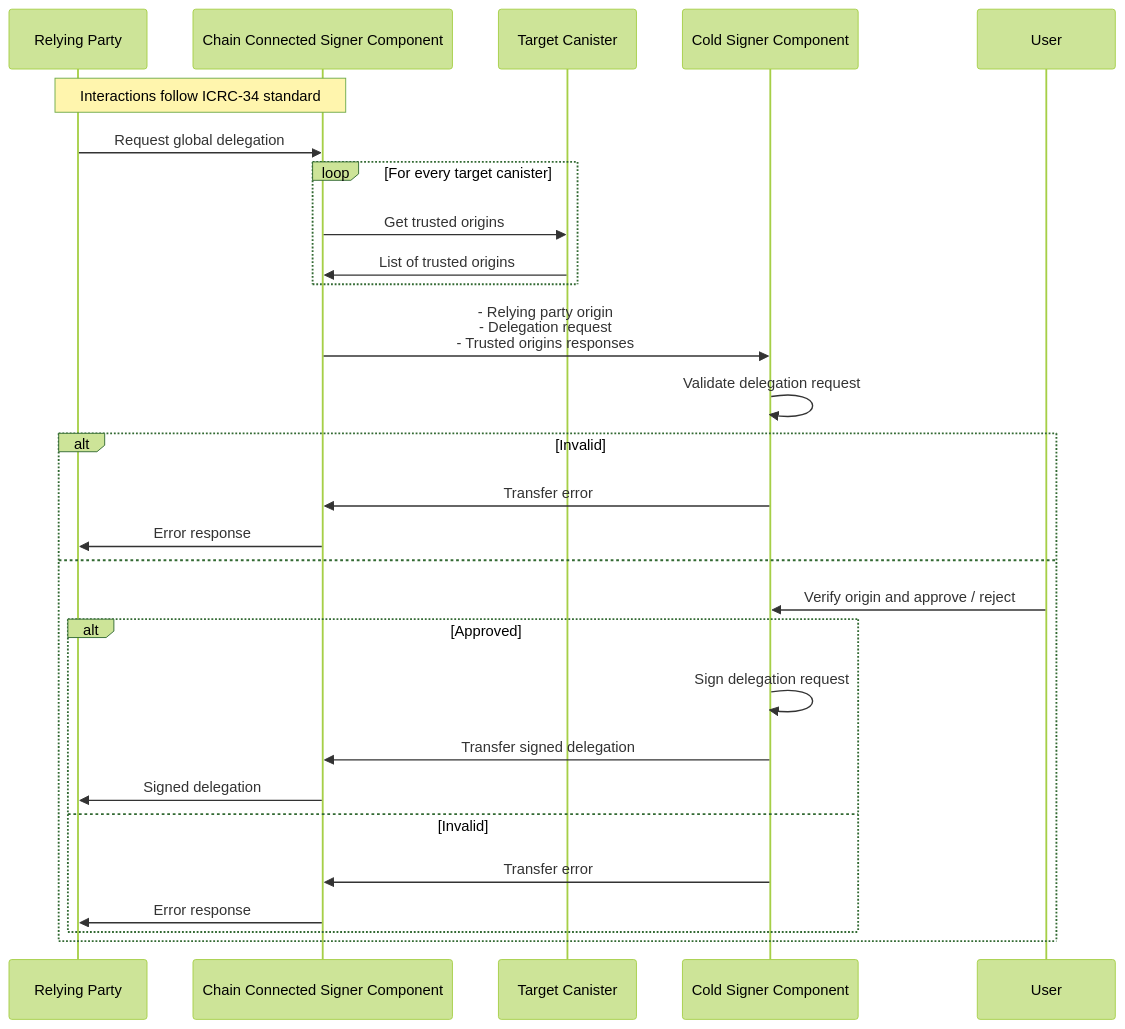
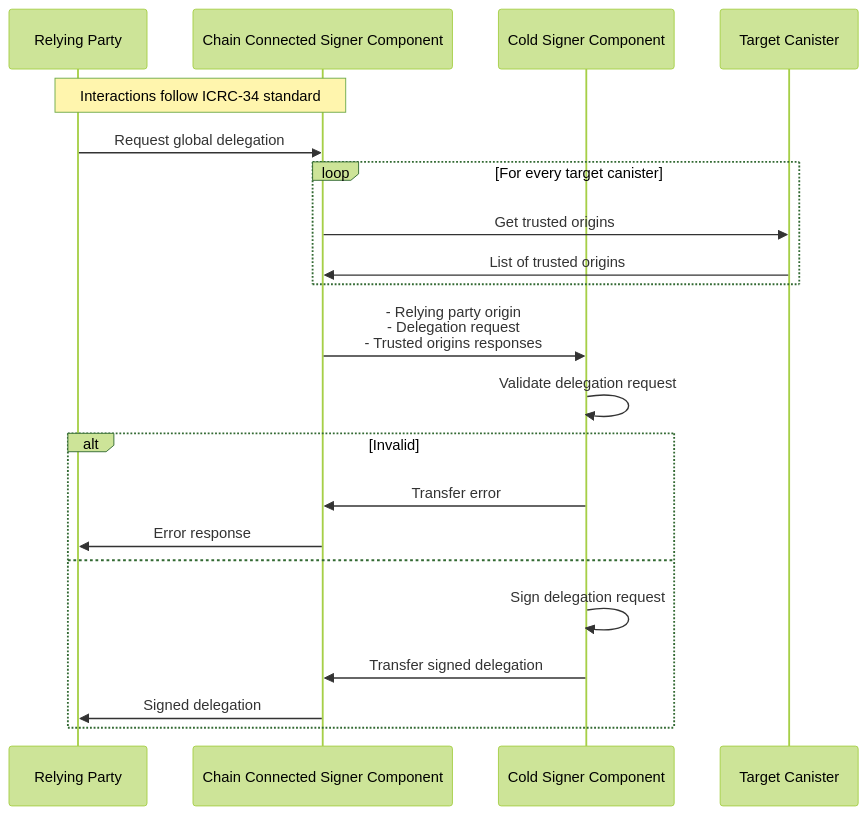
The second of 2 diagrams in topics/icrc_28_trusted_origins.md (dfinity/wg-identity-authentication), drawn with Mermaid (forest theme) before and after one commit. The commit also changed other lines of this file and 1 other file, not shown here.

Commit message:
Update ICRC-28 and 57 sequence diagrams.

````diff
--- a/topics/icrc_28_trusted_origins.md
+++ b/topics/icrc_28_trusted_origins.md
@@ -125,30 +123,23 @@
 ```mermaid
 sequenceDiagram
     participant RP as Relying Party
     participant S as Chain Connected Signer Component
+    participant CS as Cold Signer Component
     participant C as Target Canister
-    participant CS as Cold Signer Component
-    participant U as User
     Note over RP, S: Interactions follow ICRC-34 standard
     RP ->> S: Request global delegation
     loop For every target canister
         S ->> C: Get trusted origins
         C ->> S: List of trusted origins
     end
     S ->> CS: - Relying party origin<br>- Delegation request<br>- Trusted origins responses
     CS ->> CS: Validate delegation request
     alt Invalid
         CS ->> S: Transfer error
         S ->> RP: Error response
     else
-        U ->> CS: Verify origin and approve / reject
-        alt Approved
-            CS ->> CS: Sign delegation request
-            CS ->> S: Transfer signed delegation
-            S ->> RP: Signed delegation
-        else Invalid
-            CS ->> S: Transfer error
-            S ->> RP: Error response
-        end
+        CS ->> CS: Sign delegation request
+        CS ->> S: Transfer signed delegation
+        S ->> RP: Signed delegation
     end
 ```
````
